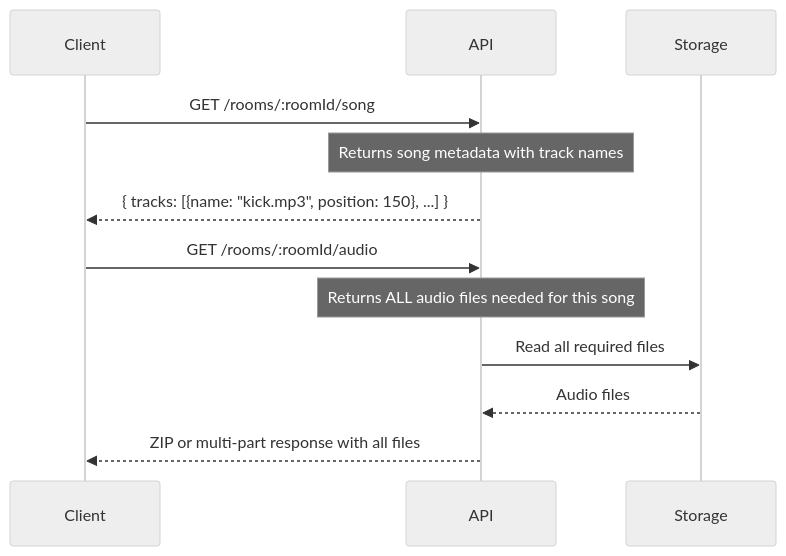
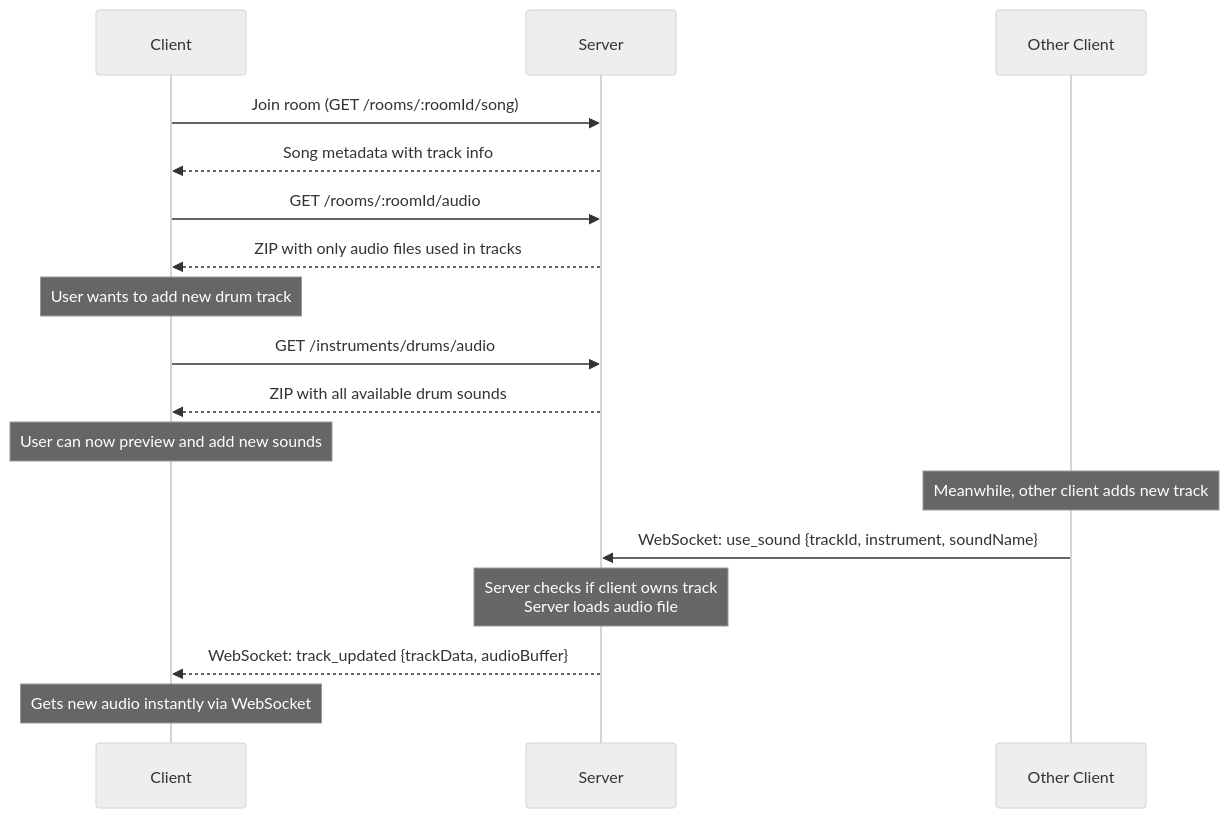
The diagram in README.md (uripont/mixabeat), drawn with Mermaid (neutral theme) before and after one commit. The commit also changed other lines of this file, not shown here.

Commit message:
documenting how we handle audio files (see backend commit)

````diff
--- a/README.md
+++ b/README.md
@@ -179,16 +7,23 @@
 ```mermaid
 sequenceDiagram
-    participant Client
-    participant API
-    participant Storage
+    participant Client1 as Client
+    participant Server
+    participant Client2 as Other Client
+    
+    Client1->>Server: Join room (GET /rooms/:roomId/song)
+    Server-->>Client1: Song metadata with track info
+    Client1->>Server: GET /rooms/:roomId/audio
+    Server-->>Client1: ZIP with only audio files used in tracks
+    
+    Note over Client1: User wants to add new drum track
+    Client1->>Server: GET /instruments/drums/audio
+    Server-->>Client1: ZIP with all available drum sounds
+    Note over Client1: User can now preview and add new sounds
 
-    Client->>API: GET /rooms/:roomId/song
-    Note over API: Returns song metadata with track names
-    API-->>Client: { tracks: [{name: "kick.mp3", position: 150}, ...] }
-    
-    Client->>API: GET /rooms/:roomId/audio
-    Note over API: Returns ALL audio files needed for this song
-    API->>Storage: Read all required files
-    Storage-->>API: Audio files
-    API-->>Client: ZIP or multi-part response with all files
+    Note over Client2: Meanwhile, other client adds new track
+    Client2->>Server: WebSocket: use_sound {trackId, instrument, soundName}
+    Note over Server: Server checks if client owns track<br/>Server loads audio file
+    Server-->>Client1: WebSocket: track_updated {trackData, audioBuffer}
+    Note over Client1: Gets new audio instantly via WebSocket
+
 ```
````
